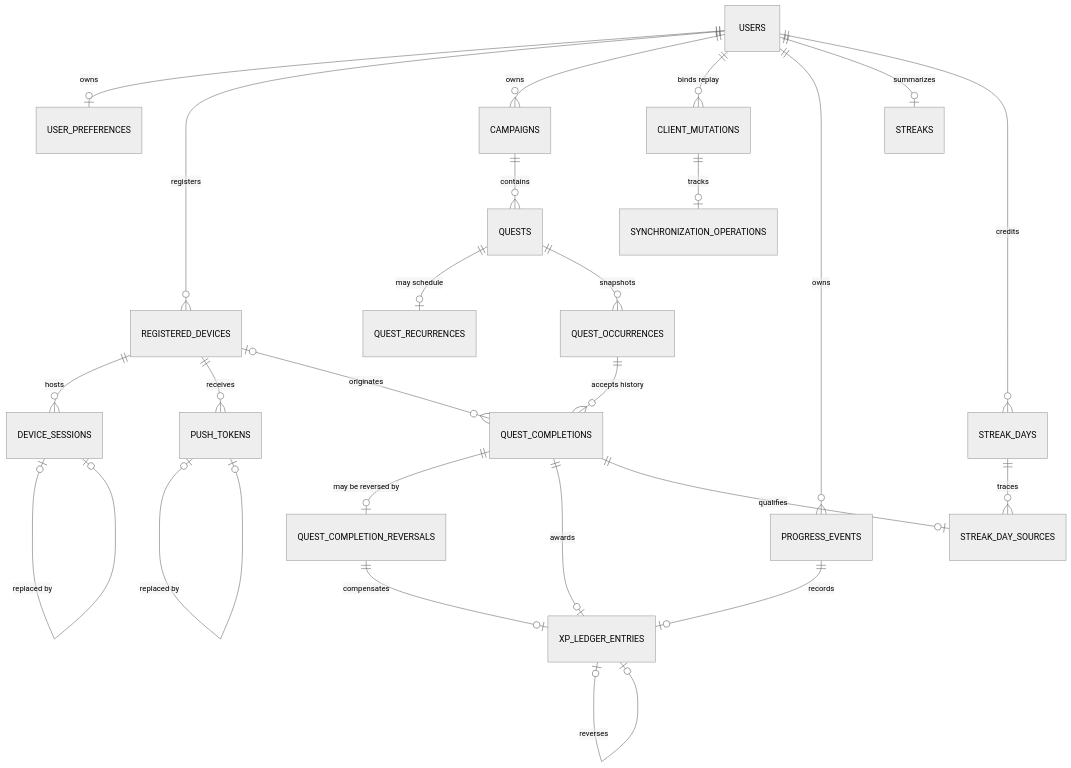
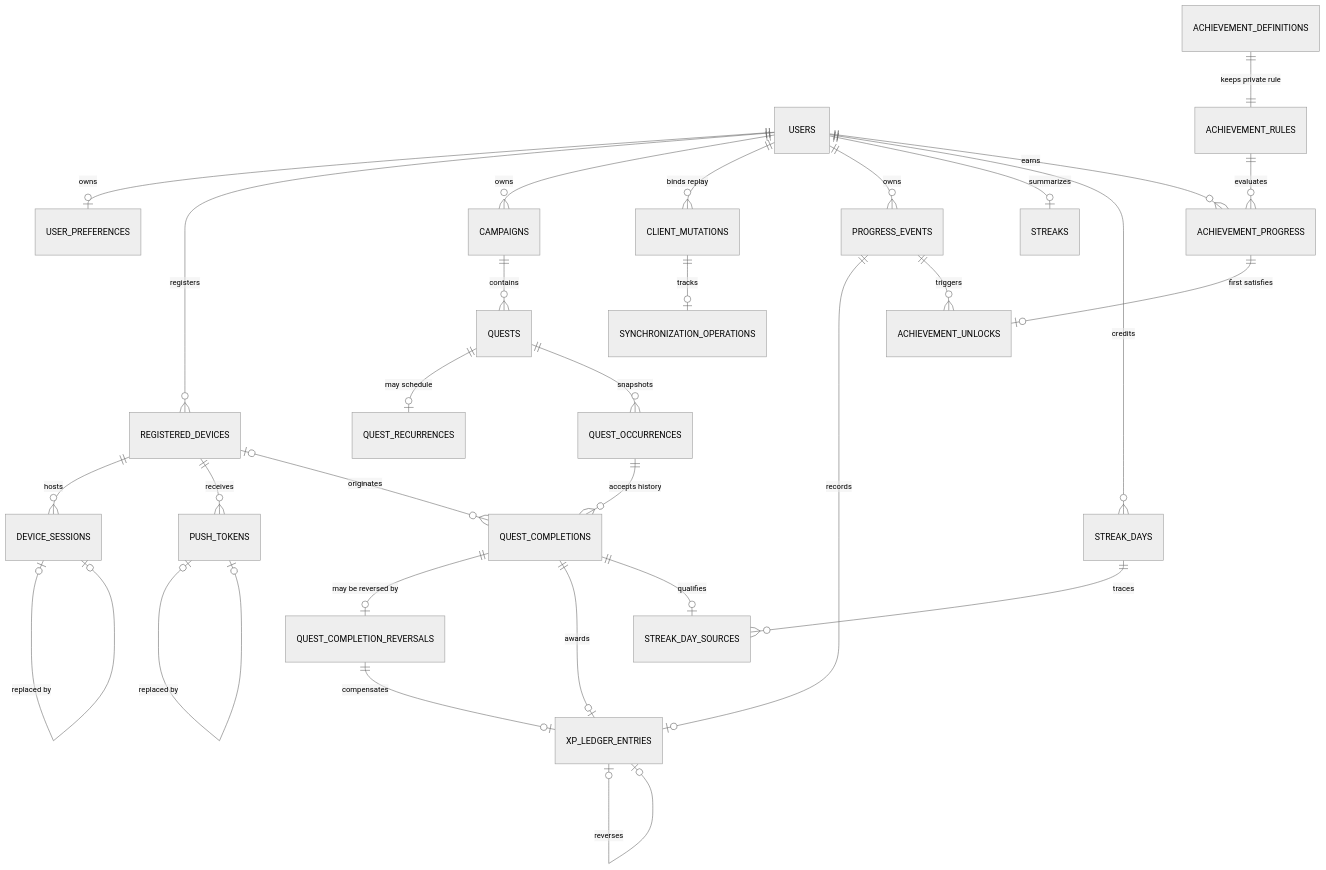
The diagram in docs/database/stage-3-schema.md (zidaneyoung/Achiwave), drawn with Mermaid (neutral theme) before and after one commit. The commit also changed other lines of this file, not shown here.

Commit message:
docs(database): document achievement schema

````diff
--- a/docs/database/stage-3-schema.md
+++ b/docs/database/stage-3-schema.md
@@ -305,27 +361,32 @@
 ```mermaid
 erDiagram
     USERS ||--o| USER_PREFERENCES : "owns"
     USERS ||--o{ REGISTERED_DEVICES : "registers"
     REGISTERED_DEVICES ||--o{ DEVICE_SESSIONS : "hosts"
     REGISTERED_DEVICES ||--o{ PUSH_TOKENS : "receives"
     DEVICE_SESSIONS o|--o| DEVICE_SESSIONS : "replaced by"
     PUSH_TOKENS o|--o| PUSH_TOKENS : "replaced by"
     USERS ||--o{ CAMPAIGNS : "owns"
     CAMPAIGNS ||--o{ QUESTS : "contains"
     QUESTS ||--o| QUEST_RECURRENCES : "may schedule"
     QUESTS ||--o{ QUEST_OCCURRENCES : "snapshots"
     QUEST_OCCURRENCES ||--o{ QUEST_COMPLETIONS : "accepts history"
     QUEST_COMPLETIONS ||--o| QUEST_COMPLETION_REVERSALS : "may be reversed by"
     REGISTERED_DEVICES o|--o{ QUEST_COMPLETIONS : "originates"
     USERS ||--o{ CLIENT_MUTATIONS : "binds replay"
     CLIENT_MUTATIONS ||--o| SYNCHRONIZATION_OPERATIONS : "tracks"
     USERS ||--o{ PROGRESS_EVENTS : "owns"
     PROGRESS_EVENTS ||--o| XP_LEDGER_ENTRIES : "records"
     QUEST_COMPLETIONS ||--o| XP_LEDGER_ENTRIES : "awards"
     QUEST_COMPLETION_REVERSALS ||--o| XP_LEDGER_ENTRIES : "compensates"
     XP_LEDGER_ENTRIES o|--o| XP_LEDGER_ENTRIES : "reverses"
     USERS ||--o| STREAKS : "summarizes"
     USERS ||--o{ STREAK_DAYS : "credits"
     STREAK_DAYS ||--o{ STREAK_DAY_SOURCES : "traces"
     QUEST_COMPLETIONS ||--o| STREAK_DAY_SOURCES : "qualifies"
+    ACHIEVEMENT_DEFINITIONS ||--|| ACHIEVEMENT_RULES : "keeps private rule"
+    USERS ||--o{ ACHIEVEMENT_PROGRESS : "earns"
+    ACHIEVEMENT_RULES ||--o{ ACHIEVEMENT_PROGRESS : "evaluates"
+    ACHIEVEMENT_PROGRESS ||--o| ACHIEVEMENT_UNLOCKS : "first satisfies"
+    PROGRESS_EVENTS ||--o{ ACHIEVEMENT_UNLOCKS : "triggers"
 ```
````
